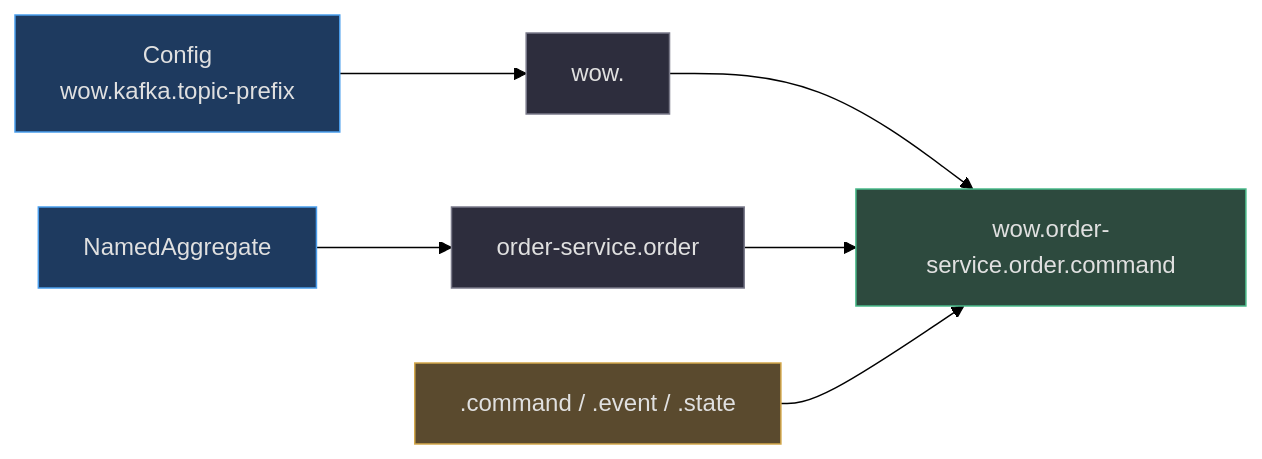
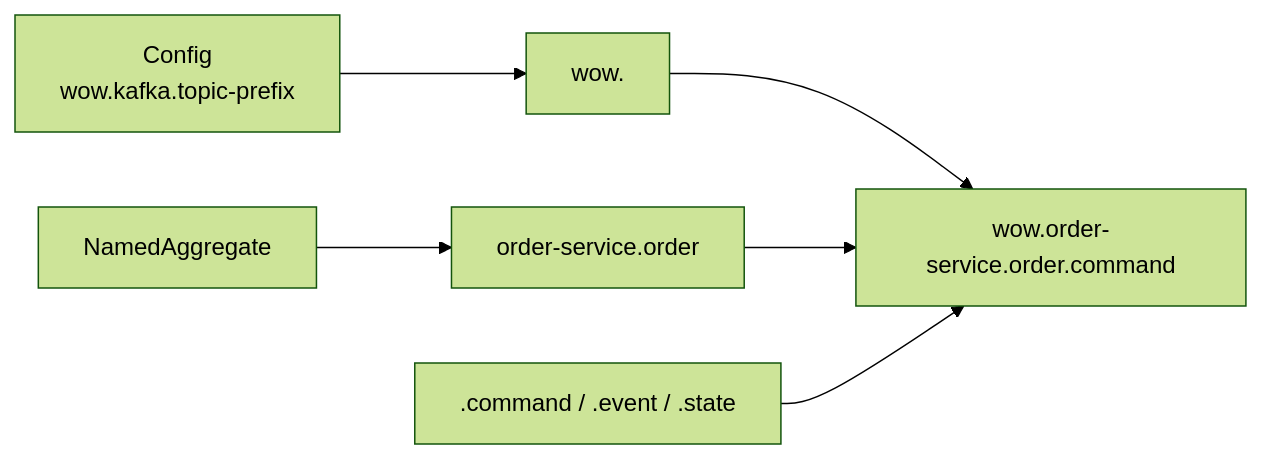
One commit to Ahoo-Wang/Wow changed the third of 5 diagrams in documentation/docs/en/deep-dive/integrations/kafka.md. Above: the diagram before and after it, drawn with Mermaid (forest theme). The commit also changed other lines of this file and 32 other files, not shown here.

Commit message:
docs: remove unsupported style/classDef directives from stateDiagram-v2 Mermaid blocks

````diff
--- a/documentation/docs/en/deep-dive/integrations/kafka.md
+++ b/documentation/docs/en/deep-dive/integrations/kafka.md
@@ -178,16 +178,10 @@
 ```mermaid
 graph LR
     Config[Config<br>wow.kafka.topic-prefix] --> Prefix["wow."]
     Named[NamedAggregate] --> Ident["order-service.order"]
     Prefix --> Topic
     Ident --> Topic
     Suffix[".command / .event / .state"] --> Topic
     Topic["wow.order-service.order.command"]
 
-    style Config fill:#1e3a5f,stroke:#4a9eed,color:#e0e0e0
-    style Named fill:#1e3a5f,stroke:#4a9eed,color:#e0e0e0
-    style Suffix fill:#5a4a2e,stroke:#d4a84b,color:#e0e0e0
-    style Topic fill:#2d4a3e,stroke:#4aba8a,color:#e0e0e0
-    style Prefix fill:#2d2d3d,stroke:#7a7a8a,color:#e0e0e0
-    style Ident fill:#2d2d3d,stroke:#7a7a8a,color:#e0e0e0
 ```
````
